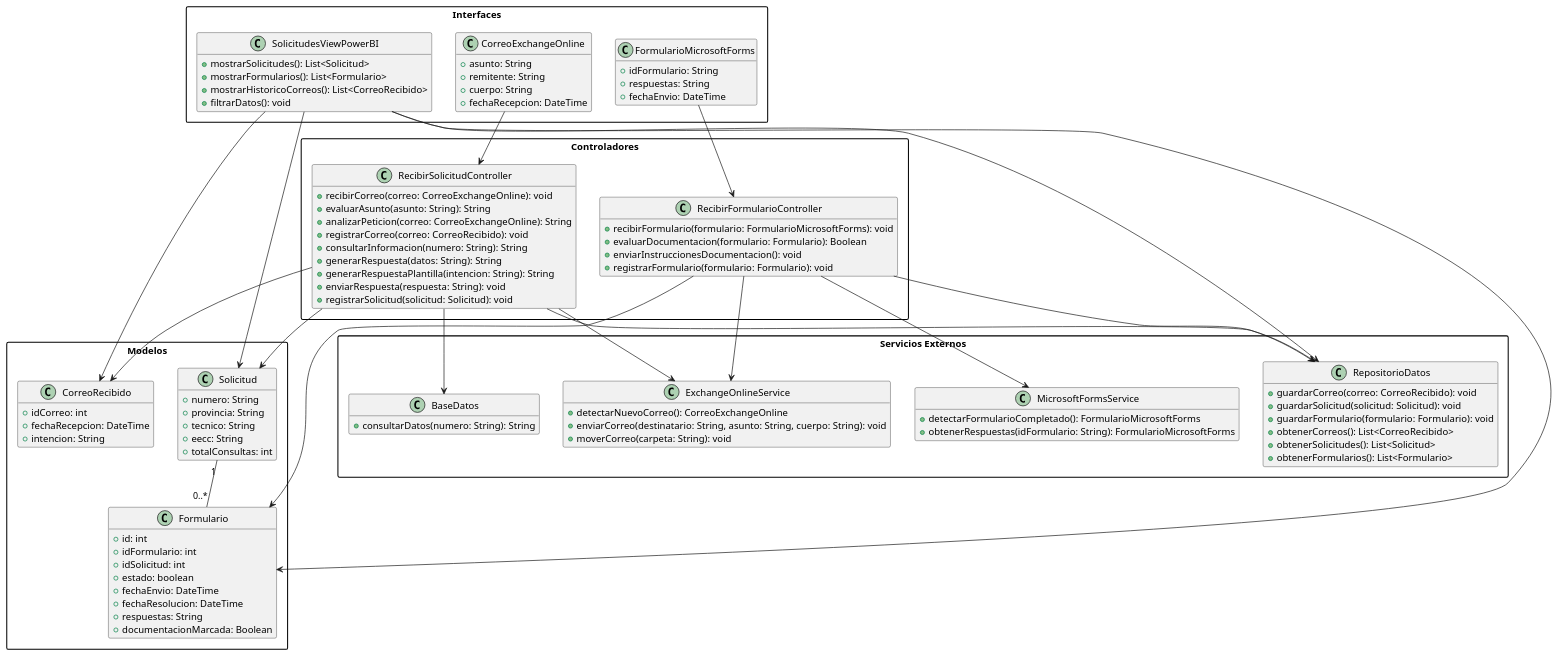
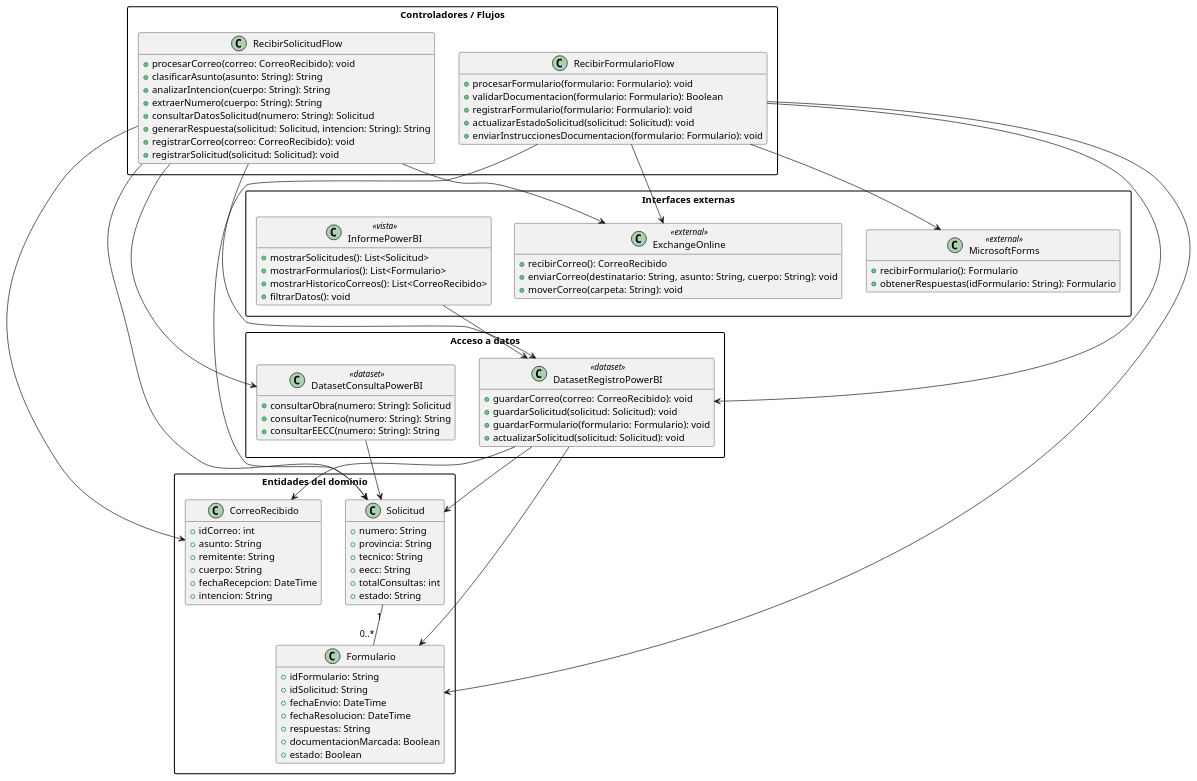
One commit to Jorgeog25/GII-TFG-2026 changed the diagram in Estudiantes/jorge-otero/capitulo3/DdC_Diseno/codigo/Diagrama_Clases_Diseno.puml. Above: the diagram before and after it, drawn with PlantUML. The commit also changed 2 other files, not shown here.

Commit message:
Diagrama de clases

```diff
--- a/Estudiantes/jorge-otero/capitulo3/DdC_Diseno/codigo/Diagrama_Clases_Diseno.puml
+++ b/Estudiantes/jorge-otero/capitulo3/DdC_Diseno/codigo/Diagrama_Clases_Diseno.puml
@@ -1,129 +1,119 @@
 @startuml Diagrama_Clases_Diseno
 
 top to bottom direction
 skinparam packageStyle rectangle
 hide empty members
 
-package "Interfaces" {
+package "Controladores / Flujos" {
 
-  class CorreoExchangeOnline {
+  class RecibirSolicitudFlow {
+    + procesarCorreo(correo: CorreoRecibido): void
+    + clasificarAsunto(asunto: String): String
+    + analizarIntencion(cuerpo: String): String
+    + extraerNumero(cuerpo: String): String
+    + consultarDatosSolicitud(numero: String): Solicitud
+    + generarRespuesta(solicitud: Solicitud, intencion: String): String
+    + registrarCorreo(correo: CorreoRecibido): void
+    + registrarSolicitud(solicitud: Solicitud): void
+  }
+
+  class RecibirFormularioFlow {
+    + procesarFormulario(formulario: Formulario): void
+    + validarDocumentacion(formulario: Formulario): Boolean
+    + registrarFormulario(formulario: Formulario): void
+    + actualizarEstadoSolicitud(solicitud: Solicitud): void
+    + enviarInstruccionesDocumentacion(formulario: Formulario): void
+  }
+}
+
+package "Entidades del dominio" {
+
+  class CorreoRecibido {
+    + idCorreo: int
     + asunto: String
     + remitente: String
     + cuerpo: String
-    + fechaRecepcion: DateTime
-  }
-
-  class FormularioMicrosoftForms {
-    + idFormulario: String
-    + respuestas: String
-    + fechaEnvio: DateTime
-  }
-
-  class SolicitudesViewPowerBI {
-    + mostrarSolicitudes(): List<Solicitud>
-    + mostrarFormularios(): List<Formulario>
-    + mostrarHistoricoCorreos(): List<CorreoRecibido>
-    + filtrarDatos(): void
-  }
-}
-
-package "Controladores" {
-
-  class RecibirSolicitudController {
-    + recibirCorreo(correo: CorreoExchangeOnline): void
-    + evaluarAsunto(asunto: String): String
-    + analizarPeticion(correo: CorreoExchangeOnline): String
-    + registrarCorreo(correo: CorreoRecibido): void
-    + consultarInformacion(numero: String): String
-    + generarRespuesta(datos: String): String
-    + generarRespuestaPlantilla(intencion: String): String
-    + enviarRespuesta(respuesta: String): void
-    + registrarSolicitud(solicitud: Solicitud): void
-  }
-
-  class RecibirFormularioController {
-    + recibirFormulario(formulario: FormularioMicrosoftForms): void
-    + evaluarDocumentacion(formulario: Formulario): Boolean
-    + enviarInstruccionesDocumentacion(): void
-    + registrarFormulario(formulario: Formulario): void
-  }
-}
-
-package "Modelos" {
-
-  class CorreoRecibido {
-    + idCorreo: int
     + fechaRecepcion: DateTime
     + intencion: String
   }
 
   class Solicitud {
     + numero: String
     + provincia: String
     + tecnico: String
     + eecc: String
     + totalConsultas: int
+    + estado: String
   }
 
   class Formulario {
-    + id: int
-    + idFormulario: int
-    + idSolicitud: int
-    + estado: boolean
+    + idFormulario: String
+    + idSolicitud: String
     + fechaEnvio: DateTime
     + fechaResolucion: DateTime
     + respuestas: String
     + documentacionMarcada: Boolean
+    + estado: Boolean
   }
 }
 
-package "Servicios Externos" {
+package "Acceso a datos" {
 
-  class ExchangeOnlineService {
-    + detectarNuevoCorreo(): CorreoExchangeOnline
+  class DatasetConsultaPowerBI <<dataset>> {
+    + consultarObra(numero: String): Solicitud
+    + consultarTecnico(numero: String): String
+    + consultarEECC(numero: String): String
+  }
+
+  class DatasetRegistroPowerBI <<dataset>> {
+    + guardarCorreo(correo: CorreoRecibido): void
+    + guardarSolicitud(solicitud: Solicitud): void
+    + guardarFormulario(formulario: Formulario): void
+    + actualizarSolicitud(solicitud: Solicitud): void
+  }
+}
+
+package "Interfaces externas" {
+
+  class ExchangeOnline <<external>> {
+    + recibirCorreo(): CorreoRecibido
     + enviarCorreo(destinatario: String, asunto: String, cuerpo: String): void
     + moverCorreo(carpeta: String): void
   }
 
-  class MicrosoftFormsService {
-    + detectarFormularioCompletado(): FormularioMicrosoftForms
-    + obtenerRespuestas(idFormulario: String): FormularioMicrosoftForms
+  class MicrosoftForms <<external>> {
+    + recibirFormulario(): Formulario
+    + obtenerRespuestas(idFormulario: String): Formulario
   }
 
-  class BaseDatos {
-    + consultarDatos(numero: String): String
-  }
-
-  class RepositorioDatos {
-    + guardarCorreo(correo: CorreoRecibido): void
-    + guardarSolicitud(solicitud: Solicitud): void
-    + guardarFormulario(formulario: Formulario): void
-    + obtenerCorreos(): List<CorreoRecibido>
-    + obtenerSolicitudes(): List<Solicitud>
-    + obtenerFormularios(): List<Formulario>
+  class InformePowerBI <<vista>> {
+    + mostrarSolicitudes(): List<Solicitud>
+    + mostrarFormularios(): List<Formulario>
+    + mostrarHistoricoCorreos(): List<CorreoRecibido>
+    + filtrarDatos(): void
   }
 }
 
-CorreoExchangeOnline --> RecibirSolicitudController
-FormularioMicrosoftForms --> RecibirFormularioController
+RecibirSolicitudFlow --> ExchangeOnline
+RecibirSolicitudFlow --> DatasetConsultaPowerBI
+RecibirSolicitudFlow --> DatasetRegistroPowerBI
+RecibirSolicitudFlow --> CorreoRecibido
+RecibirSolicitudFlow --> Solicitud
 
-RecibirSolicitudController --> CorreoRecibido
-RecibirSolicitudController --> Solicitud
-RecibirFormularioController --> Formulario
+RecibirFormularioFlow --> MicrosoftForms
+RecibirFormularioFlow --> ExchangeOnline
+RecibirFormularioFlow --> DatasetRegistroPowerBI
+RecibirFormularioFlow --> Formulario
+RecibirFormularioFlow --> Solicitud
 
-RecibirSolicitudController --> ExchangeOnlineService
-RecibirSolicitudController --> BaseDatos
-RecibirSolicitudController --> RepositorioDatos
+DatasetRegistroPowerBI --> CorreoRecibido
+DatasetRegistroPowerBI --> Solicitud
+DatasetRegistroPowerBI --> Formulario
 
-RecibirFormularioController --> MicrosoftFormsService
-RecibirFormularioController --> ExchangeOnlineService
-RecibirFormularioController --> RepositorioDatos
+DatasetConsultaPowerBI --> Solicitud
 
 Solicitud "1" -- "0..*" Formulario
 
-SolicitudesViewPowerBI --> RepositorioDatos
-SolicitudesViewPowerBI --> Solicitud
-SolicitudesViewPowerBI --> Formulario
-SolicitudesViewPowerBI --> CorreoRecibido
+InformePowerBI --> DatasetRegistroPowerBI
 
 @enduml
```
